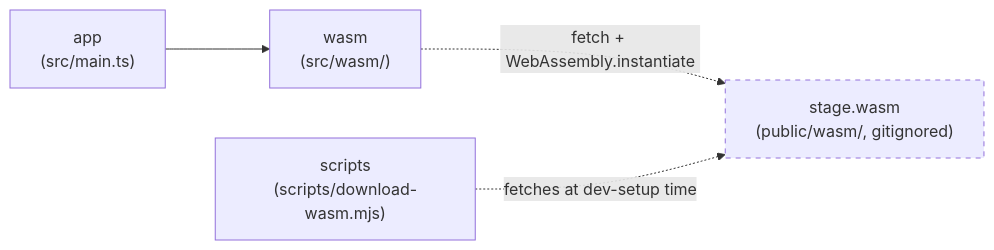
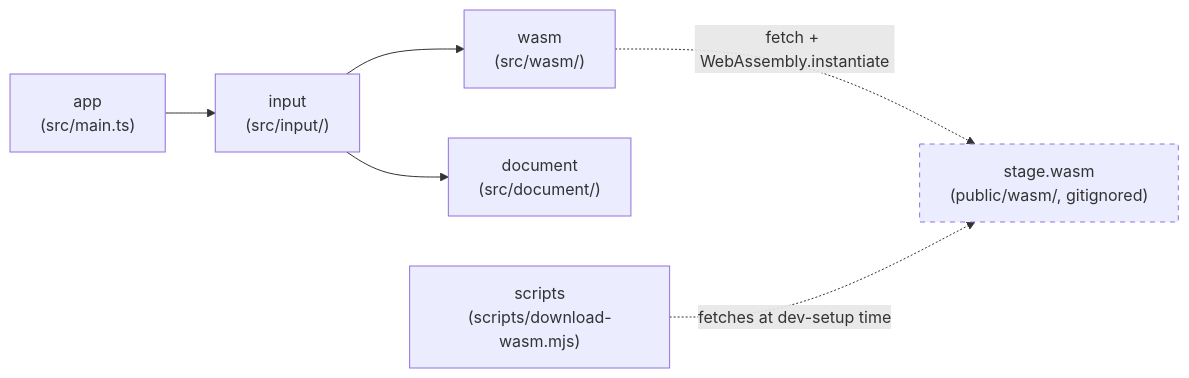
One commit to openkakutou/stage-editor changed the diagram in docs/architecture.md. Above: the diagram before and after it, drawn with Mermaid. The commit also changed other lines of this file and 21 other files, not shown here.

````diff
--- a/docs/architecture.md
+++ b/docs/architecture.md
@@ -15,8 +15,10 @@
 ```mermaid
 flowchart LR
-    app["app\n(src/main.ts)"] --> wasm["wasm\n(src/wasm/)"]
+    app["app\n(src/main.ts)"] --> input["input\n(src/input/)"]
+    input --> wasm["wasm\n(src/wasm/)"]
+    input --> document["document\n(src/document/)"]
     wasm -.->|fetch + WebAssembly.instantiate| module["stage.wasm\n(public/wasm/, gitignored)"]
     scripts["scripts\n(scripts/download-wasm.mjs)"] -.->|fetches at dev-setup time| module
 
     style module stroke-dasharray: 5 5
 ```
````
